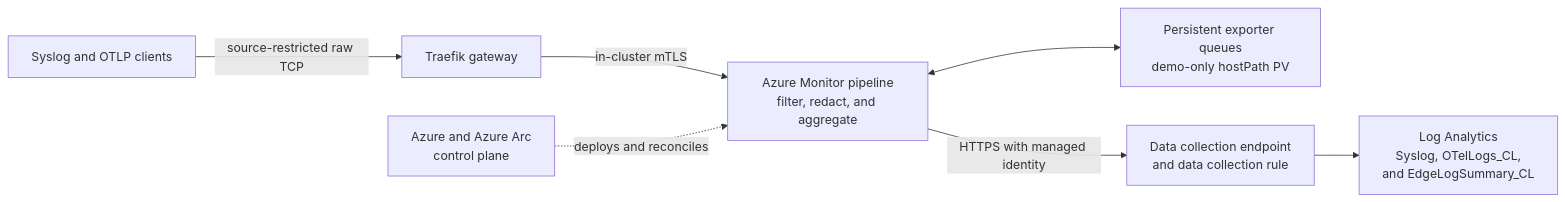
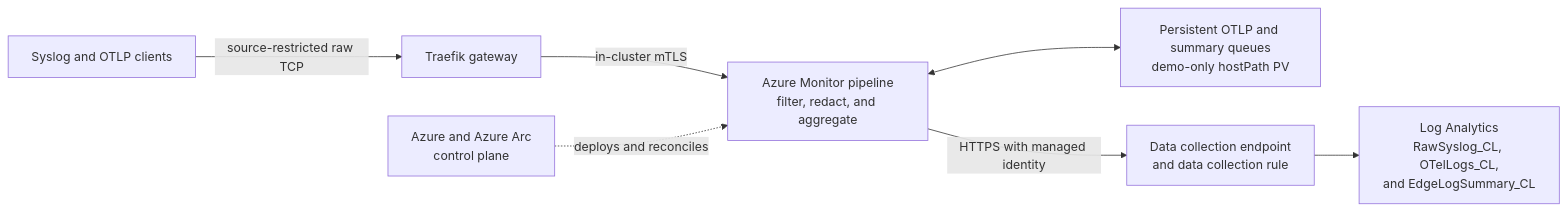
Before and after one commit to kasimrehman/azmon-pipeline-demo: the first of 3 diagrams in docs/architecture.md, drawn with Mermaid. The commit also changed other lines of this file and 9 other files, not shown here.

````diff
--- a/docs/architecture.md
+++ b/docs/architecture.md
@@ -13,17 +13,17 @@
 ```mermaid
 flowchart LR
     clients[Syslog and OTLP clients]
     gateway[Traefik gateway]
     pipeline[Azure Monitor pipeline<br/>filter, redact, and aggregate]
-    buffer[Persistent exporter queues<br/>demo-only hostPath PV]
+    buffer[Persistent OTLP and summary queues<br/>demo-only hostPath PV]
     ingestion[Data collection endpoint<br/>and data collection rule]
-    logs[Log Analytics<br/>Syslog, OTelLogs_CL,<br/>and EdgeLogSummary_CL]
+    logs[Log Analytics<br/>RawSyslog_CL, OTelLogs_CL,<br/>and EdgeLogSummary_CL]
     azure[Azure and Azure Arc<br/>control plane]
 
     clients -->|source-restricted raw TCP| gateway
     gateway -->|in-cluster mTLS| pipeline
     pipeline <--> buffer
     pipeline -->|HTTPS with managed identity| ingestion
     ingestion --> logs
     azure -. deploys and reconciles .-> pipeline
 ```
````
